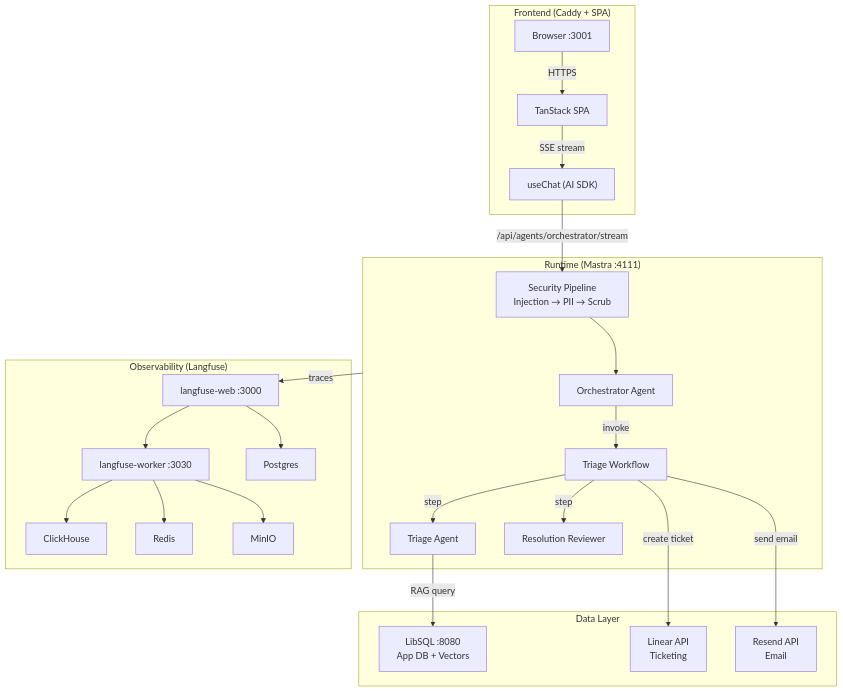
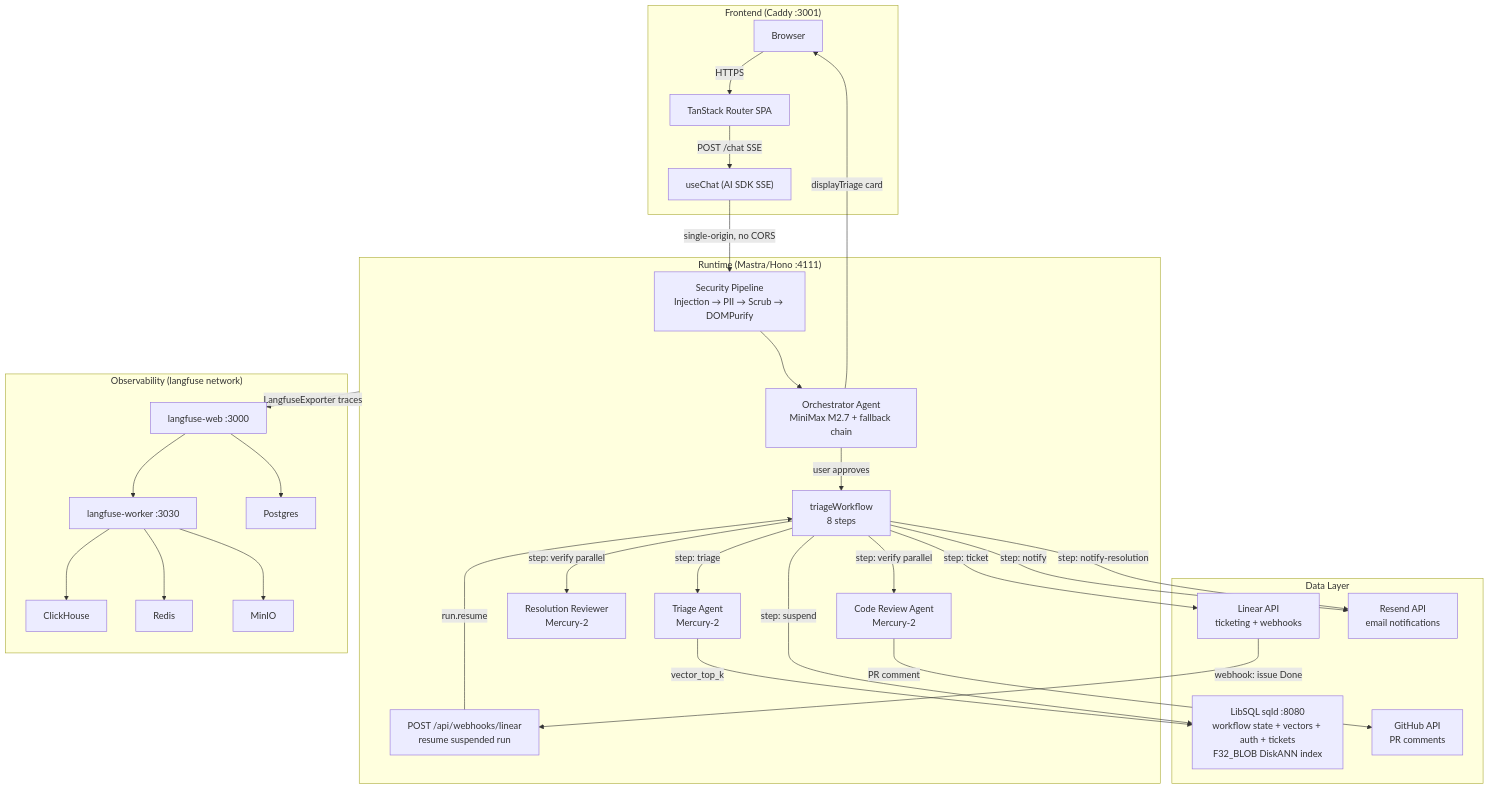
The diagram in AGENTS_USE.md (Agentic-Engineering-Agency/triage), drawn with Mermaid before and after one commit. The commit also changed other lines of this file and 57 other files, not shown here.

````diff
--- a/AGENTS_USE.md
+++ b/AGENTS_USE.md
@@ -77,48 +95,58 @@
 ```mermaid
 graph TD
-    subgraph Frontend["Frontend (Caddy + SPA)"]
-        Browser["Browser :3001"]
-        UI["TanStack SPA"]
-        Chat["useChat (AI SDK)"]
+    subgraph Frontend["Frontend (Caddy :3001)"]
+        Browser["Browser"]
+        SPA["TanStack Router SPA"]
+        Chat["useChat (AI SDK SSE)"]
     end
 
-    subgraph Runtime["Runtime (Mastra :4111)"]
-        SEC["Security Pipeline<br/>Injection → PII → Scrub"]
-        ORCH["Orchestrator Agent"]
-        WF["Triage Workflow"]
-        TA["Triage Agent"]
-        RR["Resolution Reviewer"]
+    subgraph Runtime["Runtime (Mastra/Hono :4111)"]
+        SEC["Security Pipeline\nInjection → PII → Scrub → DOMPurify"]
+        ORCH["Orchestrator Agent\nMiniMax M2.7 + fallback chain"]
+        WF["triageWorkflow\n8 steps"]
+        TA["Triage Agent\nMercury-2"]
+        RR["Resolution Reviewer\nMercury-2"]
+        CR["Code Review Agent\nMercury-2"]
+        WH["POST /api/webhooks/linear\nresume suspended run"]
     end
 
     subgraph Storage["Data Layer"]
-        LIBSQL["LibSQL :8080<br/>App DB + Vectors"]
-        LINEAR["Linear API<br/>Ticketing"]
-        RESEND["Resend API<br/>Email"]
+        LIBSQL["LibSQL sqld :8080\nworkflow state + vectors + auth + tickets\nF32_BLOB DiskANN index"]
+        LINEAR["Linear API\nticketing + webhooks"]
+        RESEND["Resend API\nemail notifications"]
+        GITHUB["GitHub API\nPR comments"]
     end
 
-    subgraph Observability["Observability (Langfuse)"]
+    subgraph Observability["Observability (langfuse network)"]
         LF_WEB["langfuse-web :3000"]
         LF_WORK["langfuse-worker :3030"]
         CH["ClickHouse"]
         REDIS["Redis"]
         MINIO["MinIO"]
         PG["Postgres"]
     end
 
-    Browser -->|HTTPS| UI
-    UI -->|SSE stream| Chat
-    Chat -->|/api/agents/orchestrator/stream| SEC
+    Browser -->|HTTPS| SPA
+    SPA -->|POST /chat SSE| Chat
+    Chat -->|single-origin, no CORS| SEC
     SEC --> ORCH
-    ORCH -->|invoke| WF
-    WF -->|step| TA
-    WF -->|step| RR
-    TA -->|RAG query| LIBSQL
-    WF -->|create ticket| LINEAR
-    WF -->|send email| RESEND
-    Runtime -->|traces| LF_WEB
+    ORCH -->|displayTriage card| Browser
+    ORCH -->|user approves| WF
+    WF -->|step: triage| TA
+    TA -->|vector_top_k| LIBSQL
+    WF -->|step: ticket| LINEAR
+    WF -->|step: notify| RESEND
+    WF -->|step: suspend| LIBSQL
+    LINEAR -->|webhook: issue Done| WH
+    WH -->|run.resume| WF
+    WF -->|step: verify parallel| RR
+    WF -->|step: verify parallel| CR
+    CR -->|PR comment| GITHUB
+    WF -->|step: notify-resolution| RESEND
+    Runtime -->|LangfuseExporter traces| LF_WEB
     LF_WEB --> LF_WORK
     LF_WORK --> CH
     LF_WORK --> REDIS
     LF_WORK --> MINIO
     LF_WEB --> PG
 ```
````
